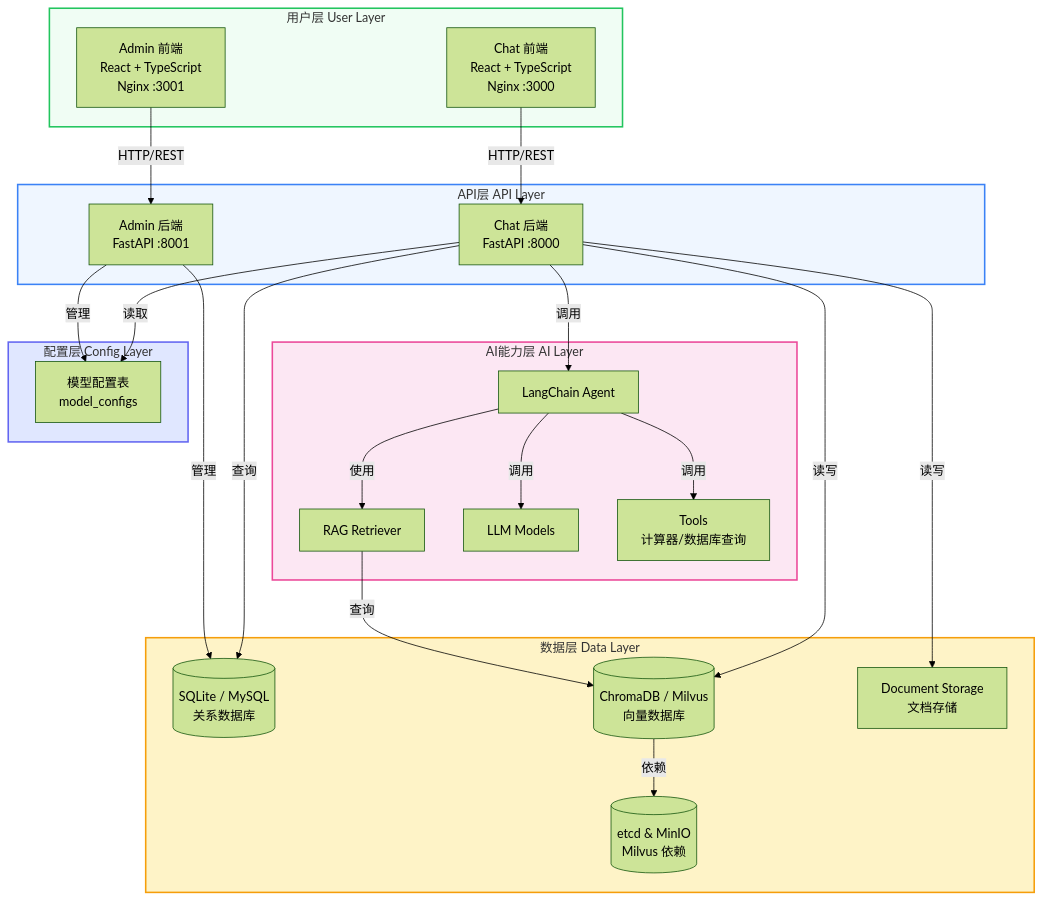
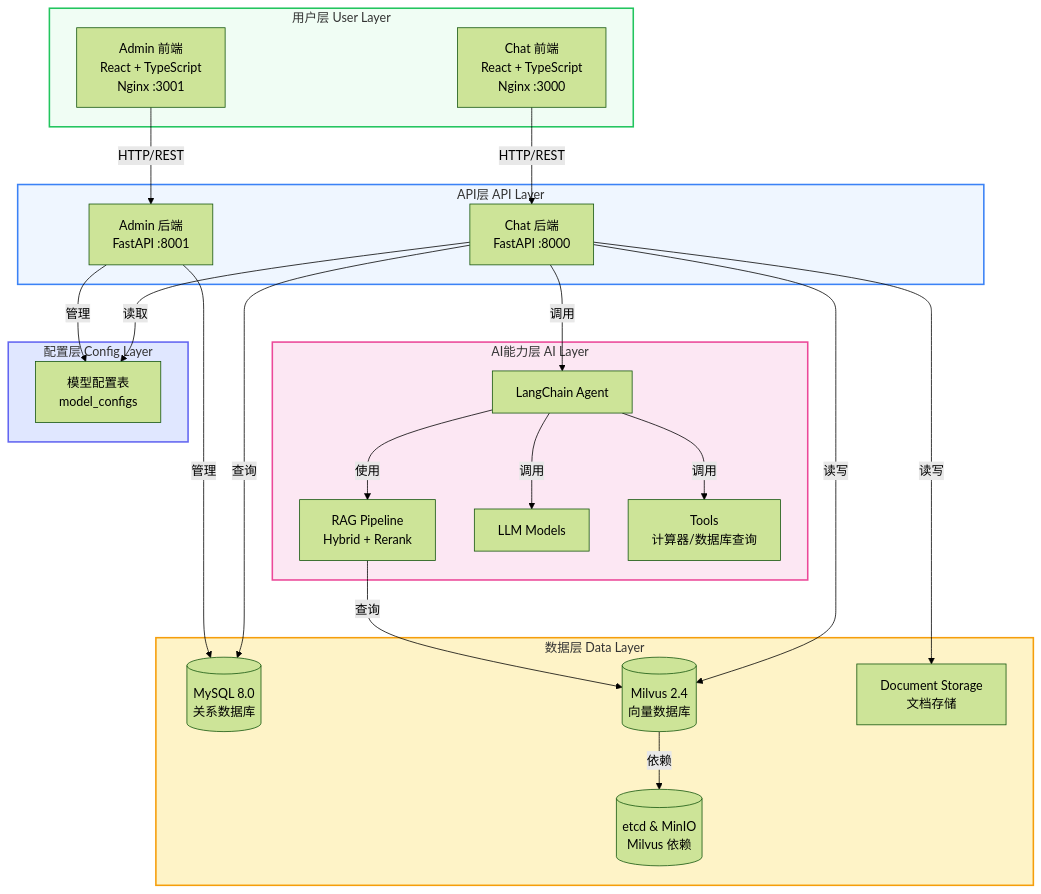
The first of 3 diagrams in website/docs/architecture/overview.md (xmgfy/MGAgent), drawn with Mermaid (forest theme) before and after one commit. The commit also changed other lines of this file and 67 other files, not shown here.

````diff
--- a/website/docs/architecture/overview.md
+++ b/website/docs/architecture/overview.md
@@ -24,57 +24,57 @@
 ```mermaid
 flowchart TB
     subgraph S1["用户层 User Layer"]
         A["Chat 前端<br/>React + TypeScript<br/>Nginx :3000"]
         B["Admin 前端<br/>React + TypeScript<br/>Nginx :3001"]
     end
 
     subgraph S2["API层 API Layer"]
         C["Chat 后端<br/>FastAPI :8000"]
         D["Admin 后端<br/>FastAPI :8001"]
     end
 
     subgraph S3["数据层 Data Layer"]
-        E[("SQLite / MySQL<br/>关系数据库")]
-        F[("ChromaDB / Milvus<br/>向量数据库")]
+        E[("MySQL 8.0<br/>关系数据库")]
+        F[("Milvus 2.4<br/>向量数据库")]
         G[("etcd & MinIO<br/>Milvus 依赖")]
         H["Document Storage<br/>文档存储"]
     end
 
     subgraph S4["AI能力层 AI Layer"]
         I[LangChain Agent]
-        J[RAG Retriever]
+        J["RAG Pipeline<br/>Hybrid + Rerank"]
         K[LLM Models]
         L["Tools<br/>计算器/数据库查询"]
     end
 
     subgraph S5["配置层 Config Layer"]
         M["模型配置表<br/>model_configs"]
     end
 
     A -- "HTTP/REST" --> C
     B -- "HTTP/REST" --> D
     C -- "查询" --> E
     C -- "读写" --> F
     C -- "读写" --> H
     D -- "管理" --> E
     C -- "调用" --> I
     I -- "使用" --> J
     I -- "调用" --> K
     I -- "调用" --> L
     J -- "查询" --> F
     F -- "依赖" --> G
     C -- "读取" --> M
     D -- "管理" --> M
 
     classDef userLayer fill:#f0fdf4,stroke:#22c55e,stroke-width:2px
     classDef apiLayer fill:#eff6ff,stroke:#3b82f6,stroke-width:2px
     classDef dataLayer fill:#fef3c7,stroke:#f59e0b,stroke-width:2px
     classDef aiLayer fill:#fce7f3,stroke:#ec4899,stroke-width:2px
     classDef configLayer fill:#e0e7ff,stroke:#6366f1,stroke-width:2px
 
     class S1 userLayer
     class S2 apiLayer
     class S3 dataLayer
     class S4 aiLayer
     class S5 configLayer
 ```
````
